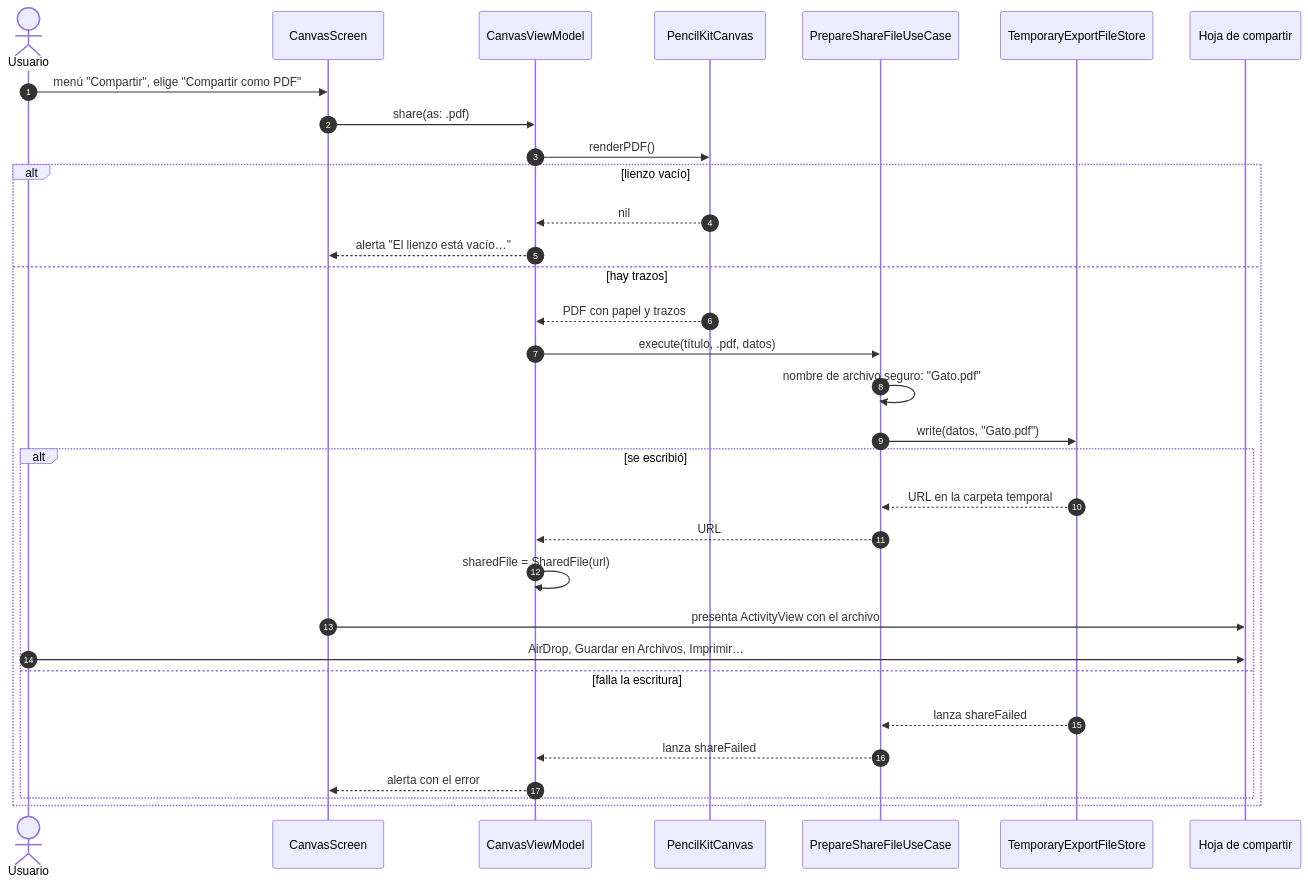
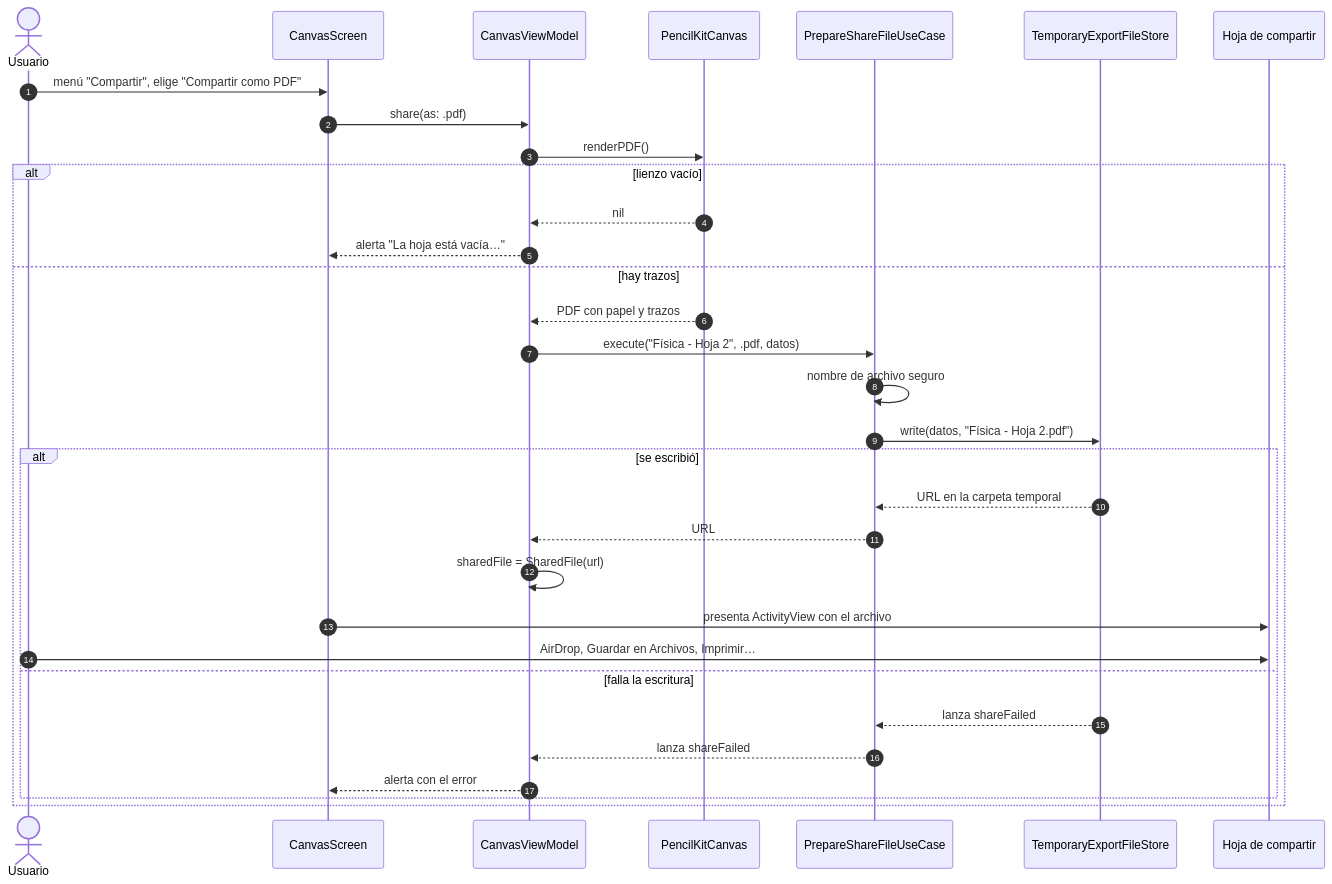
Before and after one commit to jhonjairo6230/DrawPad: the tenth of 10 diagrams in docs/arquitectura.md, drawn with Mermaid. The commit also changed other lines of this file and 57 other files, not shown here.

````diff
--- a/docs/arquitectura.md
+++ b/docs/arquitectura.md
@@ -541,35 +642,35 @@
 ```mermaid
 sequenceDiagram
     autonumber
     actor U as Usuario
     participant V as CanvasScreen
     participant VM as CanvasViewModel
     participant K as PencilKitCanvas
     participant UC as PrepareShareFileUseCase
     participant S as TemporaryExportFileStore
     participant iOS as Hoja de compartir
 
     U->>V: menú "Compartir", elige "Compartir como PDF"
     V->>VM: share(as: .pdf)
     VM->>K: renderPDF()
     alt lienzo vacío
         K-->>VM: nil
-        VM-->>V: alerta "El lienzo está vacío…"
+        VM-->>V: alerta "La hoja está vacía…"
     else hay trazos
         K-->>VM: PDF con papel y trazos
-        VM->>UC: execute(título, .pdf, datos)
-        UC->>UC: nombre de archivo seguro: "Gato.pdf"
-        UC->>S: write(datos, "Gato.pdf")
+        VM->>UC: execute("Física - Hoja 2", .pdf, datos)
+        UC->>UC: nombre de archivo seguro
+        UC->>S: write(datos, "Física - Hoja 2.pdf")
         alt se escribió
             S-->>UC: URL en la carpeta temporal
             UC-->>VM: URL
             VM->>VM: sharedFile = SharedFile(url)
             V->>iOS: presenta ActivityView con el archivo
             U->>iOS: AirDrop, Guardar en Archivos, Imprimir…
         else falla la escritura
             S-->>UC: lanza shareFailed
             UC-->>VM: lanza shareFailed
             VM-->>V: alerta con el error
         end
     end
 ```
````
